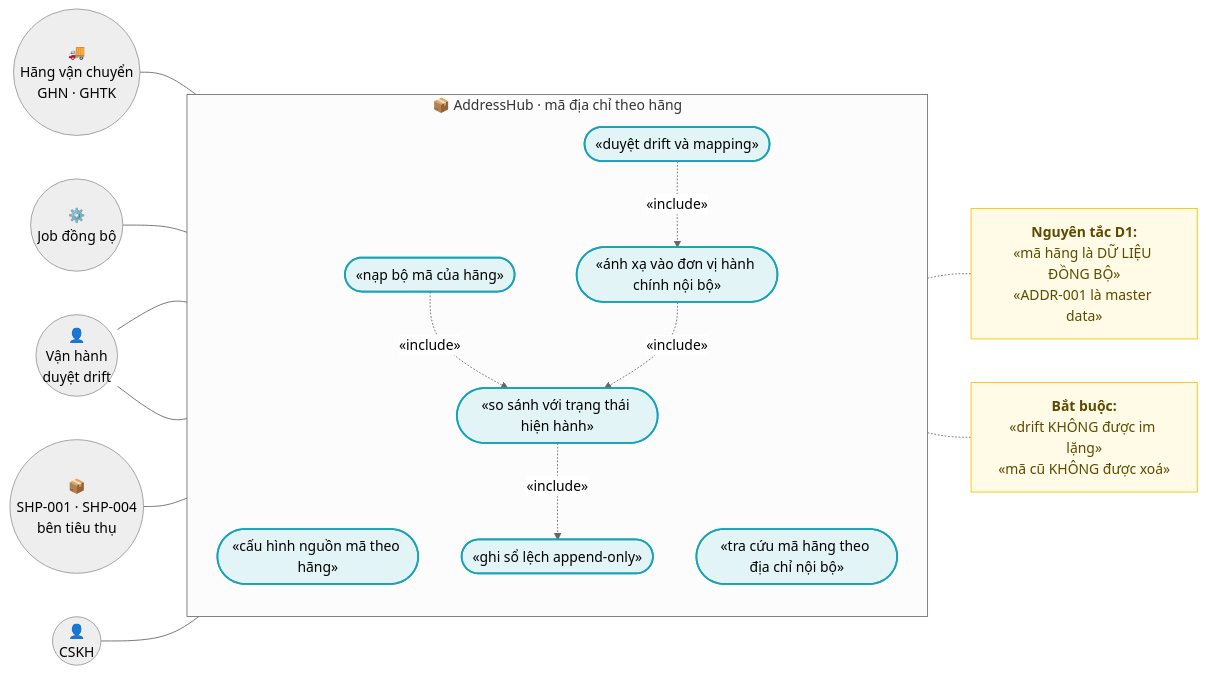
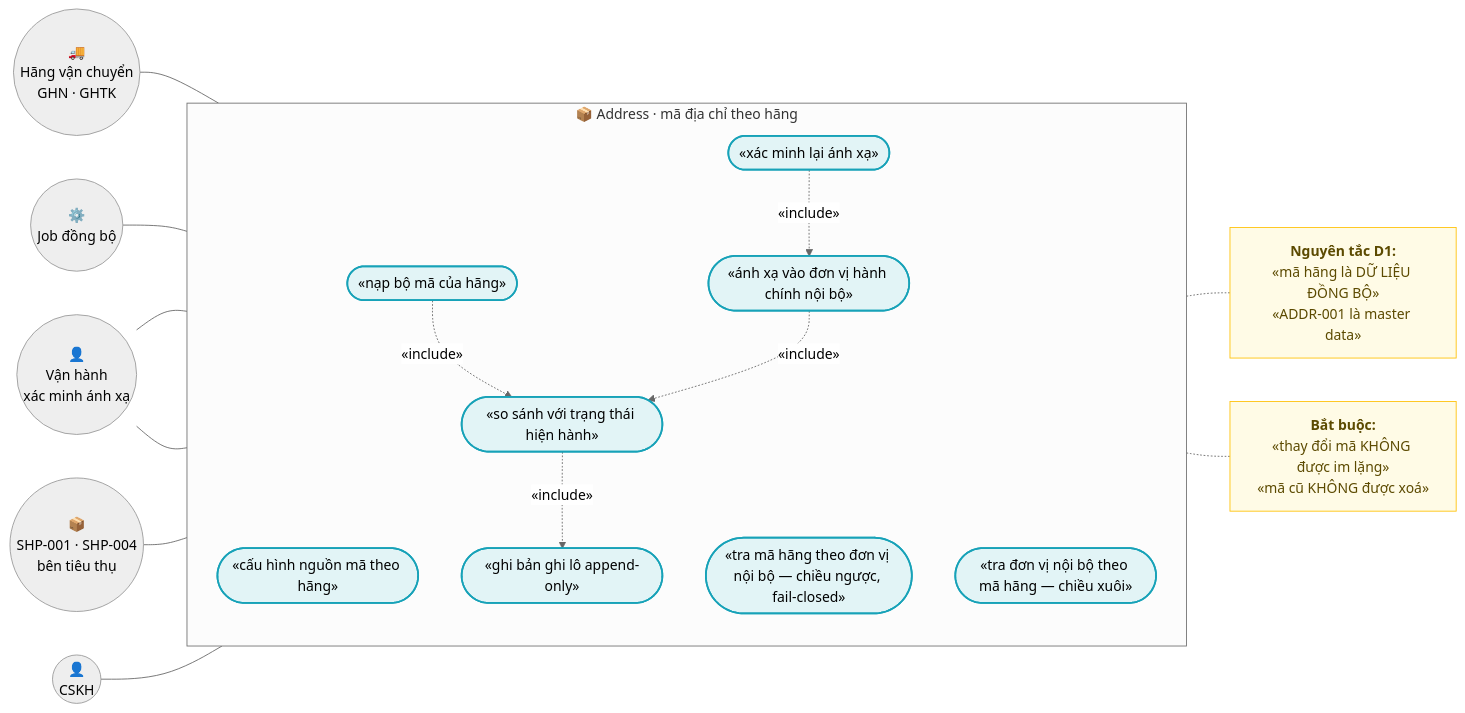
The first of 2 diagrams in docs/features/address/addr-002-dong-bo-ma-dia-chi-theo-hang-van-chuyen.md (hungnt9801/eCommerce), drawn with Mermaid (neutral theme) before and after one commit. The commit also changed other lines of this file and 8 other files, not shown here.

````diff
--- a/docs/features/address/addr-002-dong-bo-ma-dia-chi-theo-hang-van-chuyen.md
+++ b/docs/features/address/addr-002-dong-bo-ma-dia-chi-theo-hang-van-chuyen.md
@@ -108,42 +138,43 @@
 ```mermaid
 flowchart LR
     classDef actor fill:#d4edda,stroke:#155724,stroke-width:2px;
     classDef usecase fill:#e2f4f6,stroke:#17a2b8,stroke-width:2px;
     classDef note fill:#fffbe6,stroke:#ffc107,stroke-width:1px,color:#5c4a00;
 
     HV(("🚚<br/>Hãng vận chuyển<br/>GHN · GHTK"))
     JOB(("⚙️<br/>Job đồng bộ"))
-    OPS(("👤<br/>Vận hành<br/>duyệt drift"))
+    OPS(("👤<br/>Vận hành<br/>xác minh ánh xạ"))
     SHP(("📦<br/>SHP-001 · SHP-004<br/>bên tiêu thụ"))
     CS(("👤<br/>CSKH"))
 
-    subgraph ADDR["📦 AddressHub · mã địa chỉ theo hãng"]
+    subgraph ADDR["📦 Address · mã địa chỉ theo hãng"]
         direction TB
         UC1(["«cấu hình nguồn mã theo hãng»"])
         UC2(["«nạp bộ mã của hãng»"])
         UC3(["«so sánh với trạng thái hiện hành»"])
         UC4(["«ánh xạ vào đơn vị hành chính nội bộ»"])
-        UC5(["«ghi sổ lệch append-only»"])
-        UC6(["«duyệt drift và mapping»"])
-        UC7(["«tra cứu mã hãng theo địa chỉ nội bộ»"])
-        class UC1,UC2,UC3,UC4,UC5,UC6,UC7 usecase;
+        UC5(["«ghi bản ghi lô append-only»"])
+        UC6(["«xác minh lại ánh xạ»"])
+        UC7(["«tra mã hãng theo đơn vị nội bộ — chiều ngược, fail-closed»"])
+        UC8(["«tra đơn vị nội bộ theo mã hãng — chiều xuôi»"])
+        class UC1,UC2,UC3,UC4,UC5,UC6,UC7,UC8 usecase;
     end
 
     N1["<b>Nguyên tắc D1:</b><br/>«mã hãng là DỮ LIỆU ĐỒNG BỘ»<br/>«ADDR-001 là master data»"]
-    N2["<b>Bắt buộc:</b><br/>«drift KHÔNG được im lặng»<br/>«mã cũ KHÔNG được xoá»"]
+    N2["<b>Bắt buộc:</b><br/>«thay đổi mã KHÔNG được im lặng»<br/>«mã cũ KHÔNG được xoá»"]
     class N1,N2 note;
 
     HV --- UC2
     JOB --- UC2
     OPS --- UC1
     OPS --- UC6
     SHP --- UC7
-    CS --- UC7
+    CS --- UC8
 
     UC2 -. "«include»" .-> UC3
     UC3 -. "«include»" .-> UC5
     UC4 -. "«include»" .-> UC3
     UC6 -. "«include»" .-> UC4
     UC2 -.- N1
     UC5 -.- N2
 ```
````
